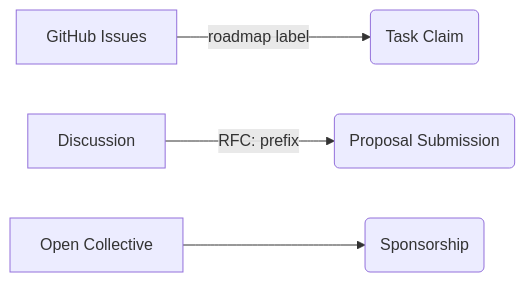
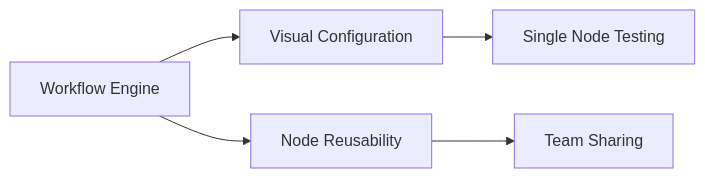
Before and after one commit to TuringOpsSH/NextConsole: the second of 3 diagrams in ROADMAP.md, drawn with Mermaid. The commit also changed other lines of this file and 192 other files, not shown here.

````diff
--- a/ROADMAP.md
+++ b/ROADMAP.md
@@ -69,6 +26,7 @@
-```mermaid  
-graph LR  
-    A[GitHub Issues] -->|"roadmap" label| B(Task Claim)  
-    C[Discussion] -->|"RFC:" prefix| D(Proposal Submission)  
-    E[Open Collective] --> F(Sponsorship)  
-```  
+```mermaid
+graph LR
+A[Workflow Engine] --> B[Visual Configuration]
+A --> C[Node Reusability]
+B --> D[Single Node Testing]
+C --> E[Team Sharing]
+```
````
